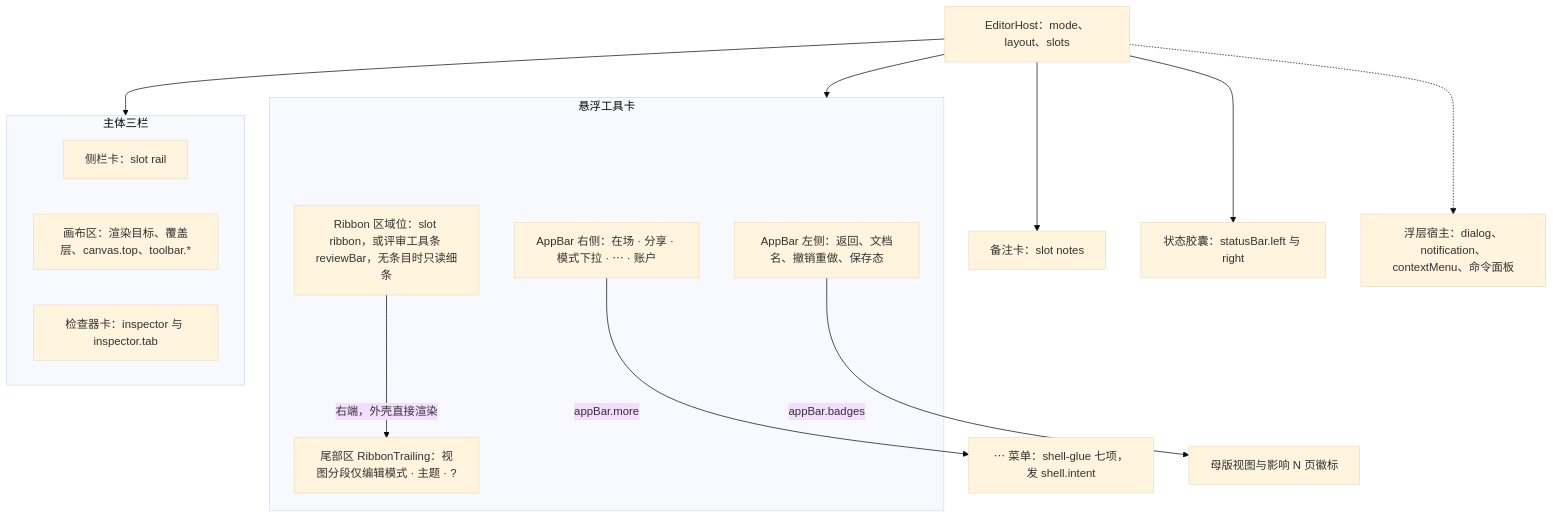
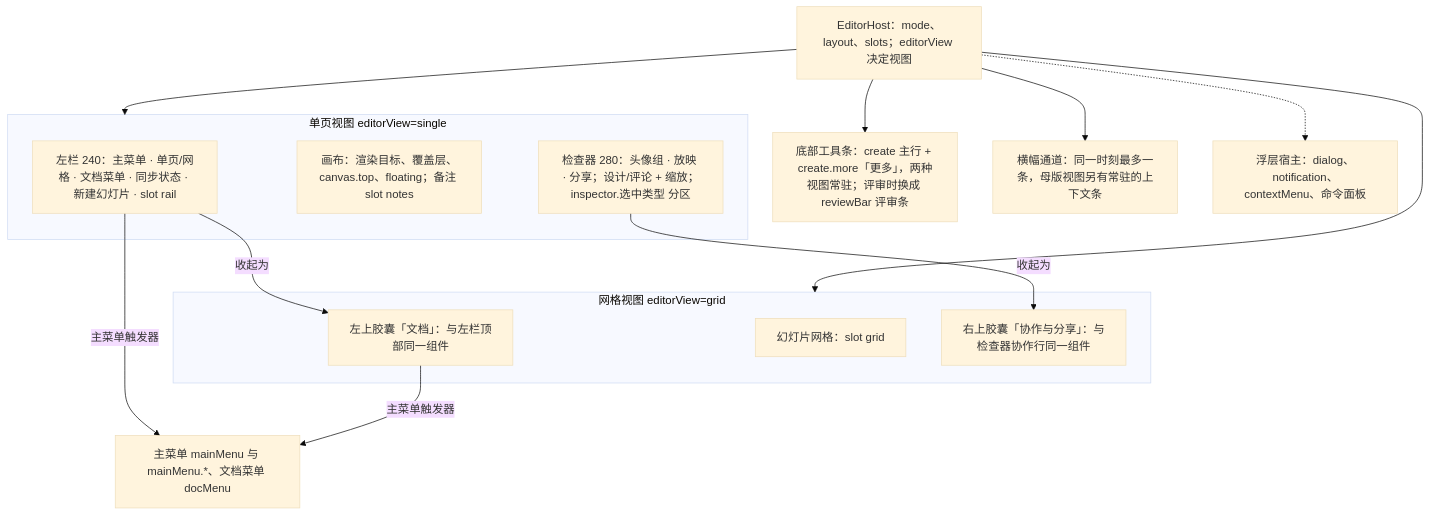
The first of 10 diagrams in docs/50-frontend/10-editor-shell-and-interaction.md (Xeonice/cordis-ppt-editor), drawn with Mermaid (base theme) before and after one commit. The commit also changed other lines of this file and 25 other files, not shown here.

````diff
--- a/docs/50-frontend/10-editor-shell-and-interaction.md
+++ b/docs/50-frontend/10-editor-shell-and-interaction.md
@@ -58,28 +87,27 @@
 ```mermaid
 flowchart TB
-  host["EditorHost：mode、layout、slots"]
-  subgraph toolCard["悬浮工具卡"]
-    appBar["AppBar 左侧：返回、文档名、撤销重做、保存态"]
-    appRight["AppBar 右侧：在场 · 分享 · 模式下拉 · ⋯ · 账户"]
-    ribbon["Ribbon 区域位：slot ribbon，或评审工具条 reviewBar，无条目时只读细条"]
-    trailing["尾部区 RibbonTrailing：视图分段仅编辑模式 · 主题 · ?"]
+  host["EditorHost：mode、layout、slots；editorView 决定视图"]
+  subgraph single["单页视图 editorView=single"]
+    rail["左栏 240：主菜单 · 单页/网格 · 文档菜单 · 同步状态 · 新建幻灯片 · slot rail"]
+    canvas["画布：渲染目标、覆盖层、canvas.top、floating；备注 slot notes"]
+    insp["检查器 280：头像组 · 放映 · 分享；设计/评论 + 缩放；inspector.选中类型 分区"]
   end
-  subgraph body["主体三栏"]
-    rail["侧栏卡：slot rail"]
-    canvas["画布区：渲染目标、覆盖层、canvas.top、toolbar.*"]
-    inspector["检查器卡：inspector 与 inspector.tab"]
+  subgraph grid["网格视图 editorView=grid"]
+    capDoc["左上胶囊「文档」：与左栏顶部同一组件"]
+    gridArea["幻灯片网格：slot grid"]
+    capShare["右上胶囊「协作与分享」：与检查器协作行同一组件"]
   end
-  notes["备注卡：slot notes"]
-  status["状态胶囊：statusBar.left 与 right"]
+  toolbar["底部工具条：create 主行 + create.more「更多」，两种视图常驻；评审时换成 reviewBar 评审条"]
+  menus["主菜单 mainMenu 与 mainMenu.*、文档菜单 docMenu"]
+  lane["横幅通道：同一时刻最多一条，母版视图另有常驻的上下文条"]
   overlays["浮层宿主：dialog、notification、contextMenu、命令面板"]
-  more["⋯ 菜单：shell-glue 七项，发 shell.intent"]
-  badges["母版视图与影响 N 页徽标"]
-  host --> toolCard
-  host --> body
-  host --> notes
-  host --> status
+  host --> single
+  host --> grid
+  host --> toolbar
+  host --> lane
   host -.-> overlays
-  appRight -->|"appBar.more"| more
-  appBar -->|"appBar.badges"| badges
-  ribbon -->|"右端，外壳直接渲染"| trailing
+  rail -->|"收起为"| capDoc
+  insp -->|"收起为"| capShare
+  rail -->|"主菜单触发器"| menus
+  capDoc -->|"主菜单触发器"| menus
 ```
````
